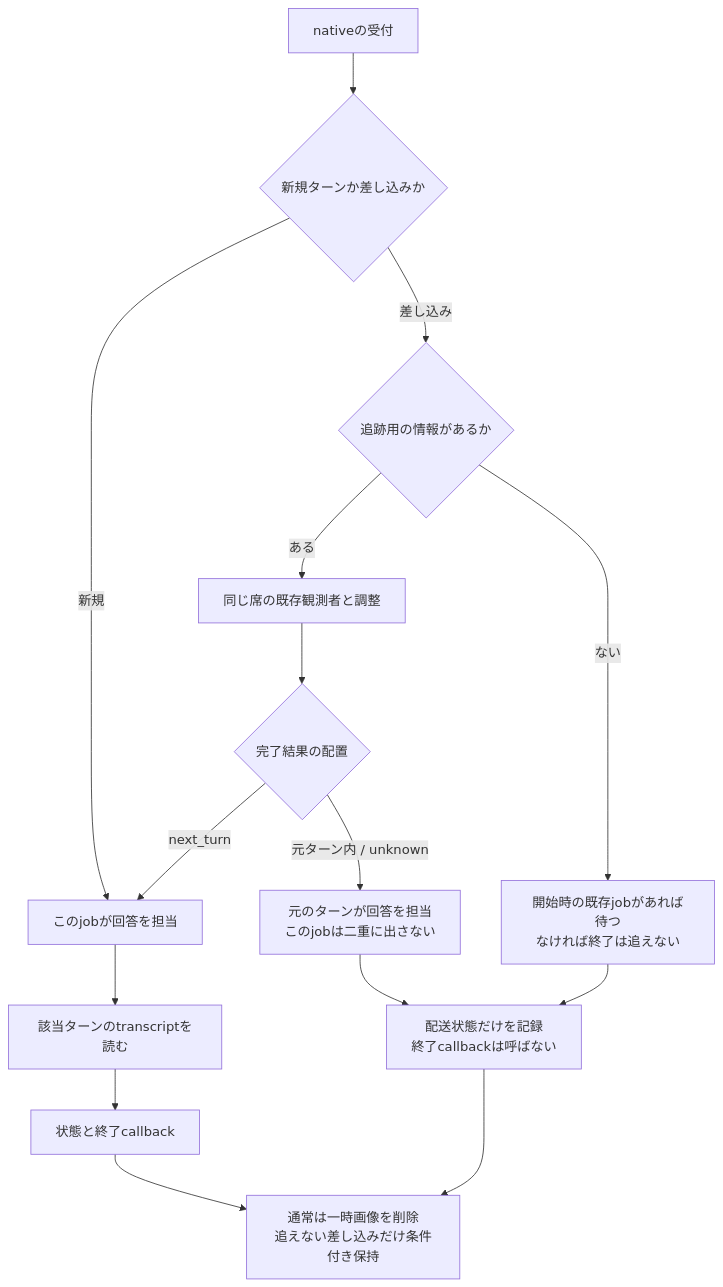
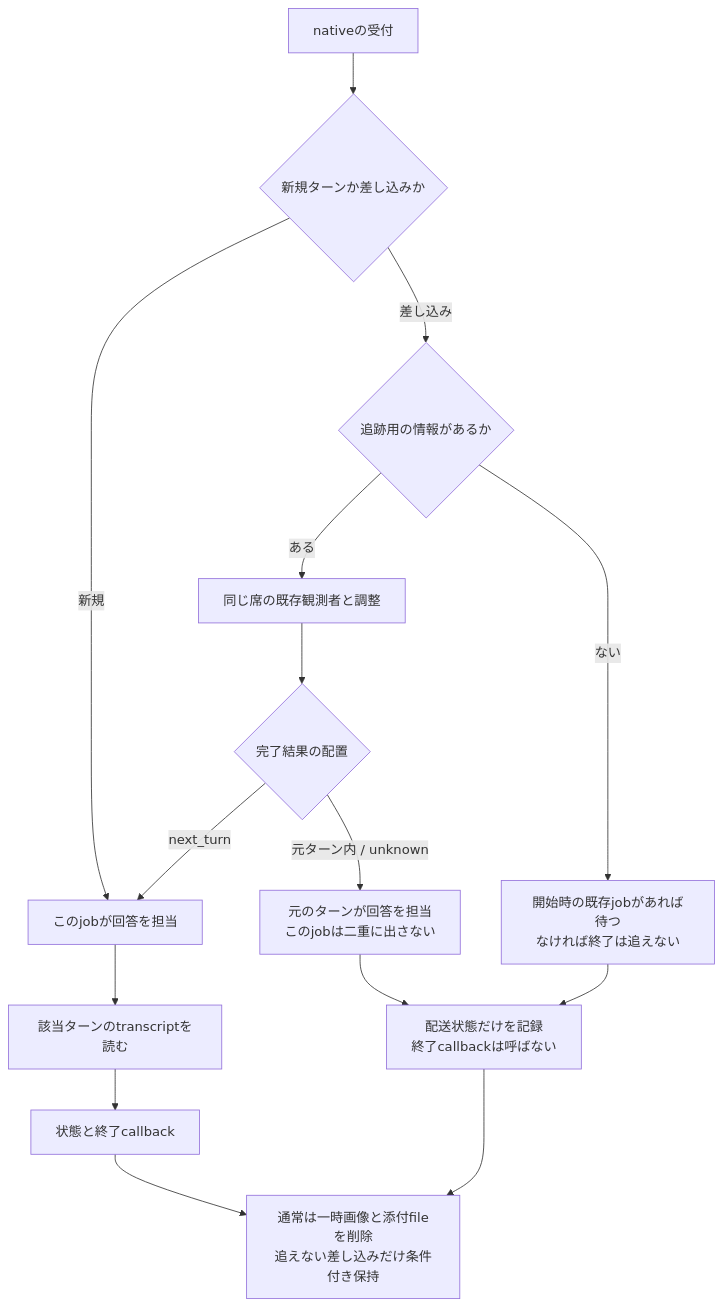
The first of 2 diagrams in docs/architecture/delivery-details.md (kitepon/BellTeam), drawn with Mermaid before and after one commit. The commit also changed other lines of this file and 7 other files, not shown here.

````diff
--- a/docs/architecture/delivery-details.md
+++ b/docs/architecture/delivery-details.md
@@ -15,17 +15,17 @@
 ```mermaid
 flowchart TD
   Receipt["nativeの受付"] --> Mode{"新規ターンか差し込みか"}
   Mode -->|"新規"| Own["このjobが回答を担当"]
   Mode -->|"差し込み"| Ref{"追跡用の情報があるか"}
   Ref -->|"ある"| Follow["同じ席の既存観測者と調整"]
   Follow --> Place{"完了結果の配置"}
   Place -->|"next_turn"| Own
   Place -->|"元ターン内 / unknown"| Original["元のターンが回答を担当<br/>このjobは二重に出さない"]
   Ref -->|"ない"| Parent["開始時の既存jobがあれば待つ<br/>なければ終了は追えない"]
   Own --> Read["該当ターンのtranscriptを読む"]
   Read --> Done["状態と終了callback"]
   Original --> StatusOnly["配送状態だけを記録<br/>終了callbackは呼ばない"]
   Parent --> StatusOnly
   StatusOnly --> Images
-  Done --> Images["通常は一時画像を削除<br/>追えない差し込みだけ条件付き保持"]
+  Done --> Images["通常は一時画像と添付fileを削除<br/>追えない差し込みだけ条件付き保持"]
 ```
````
